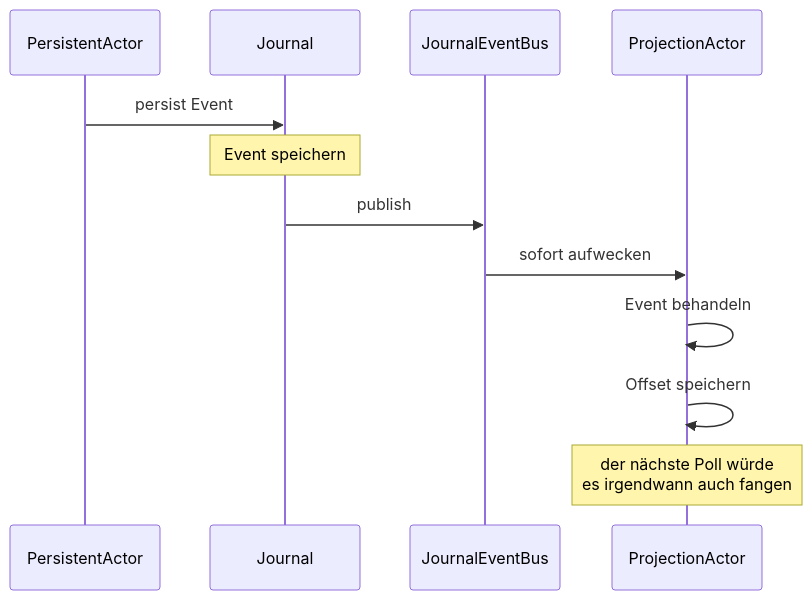
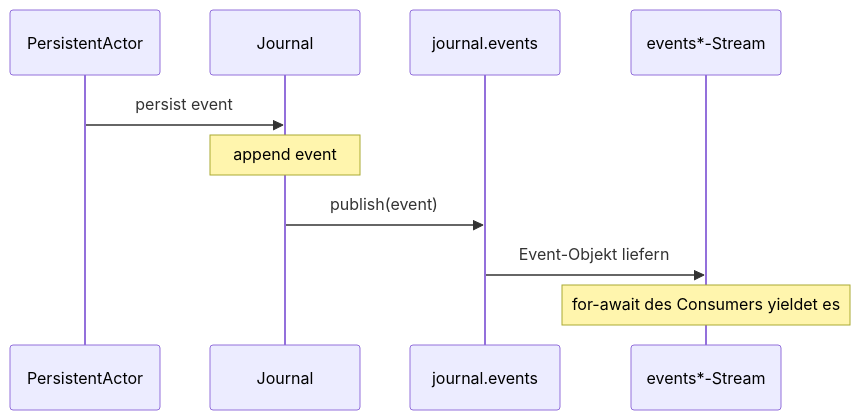
The diagram in docs/src/content/docs/de/persistence/push-based-query.mdx (pathosDev/actor-ts), drawn with Mermaid before and after one commit. The commit also changed other lines of this file and 1 other file, not shown here.

First line of the commit message:
docs: rewrite push-based-query to the real query-stream push model (EN+DE)

````diff
--- a/docs/src/content/docs/de/persistence/push-based-query.mdx
+++ b/docs/src/content/docs/de/persistence/push-based-query.mdx
@@ -15,14 +19,12 @@
 ```mermaid
 sequenceDiagram
   participant PA as PersistentActor
   participant J as Journal
-  participant BUS as JournalEventBus
-  participant PROJ as ProjectionActor
-  PA->>J: persist Event
-  Note over J: Event speichern
-  J->>BUS: publish
-  BUS->>PROJ: sofort aufwecken
-  PROJ->>PROJ: Event behandeln
-  PROJ->>PROJ: Offset speichern
-  Note over PROJ: der nächste Poll würde<br/>es irgendwann auch fangen
+  participant BUS as journal.events
+  participant Q as events*-Stream
+  PA->>J: persist event
+  Note over J: append event
+  J->>BUS: publish(event)
+  BUS->>Q: Event-Objekt liefern
+  Note over Q: for-await des Consumers yieldet es
 ```
````
